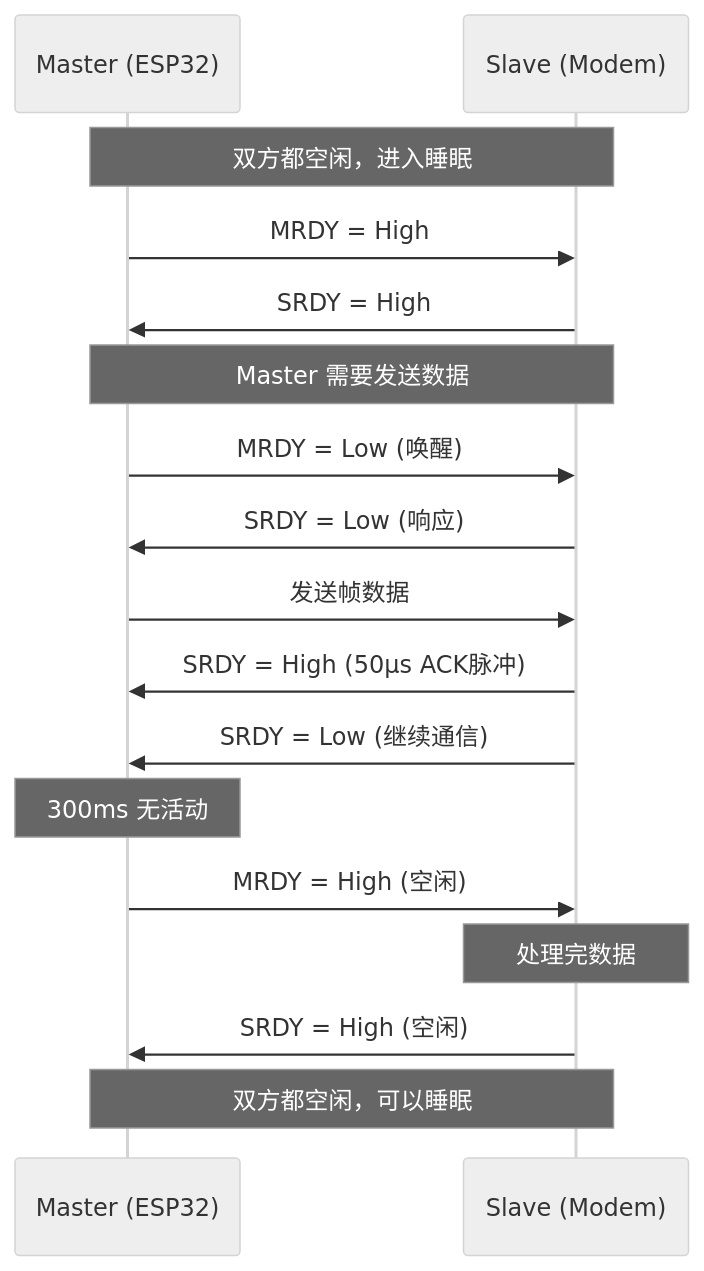
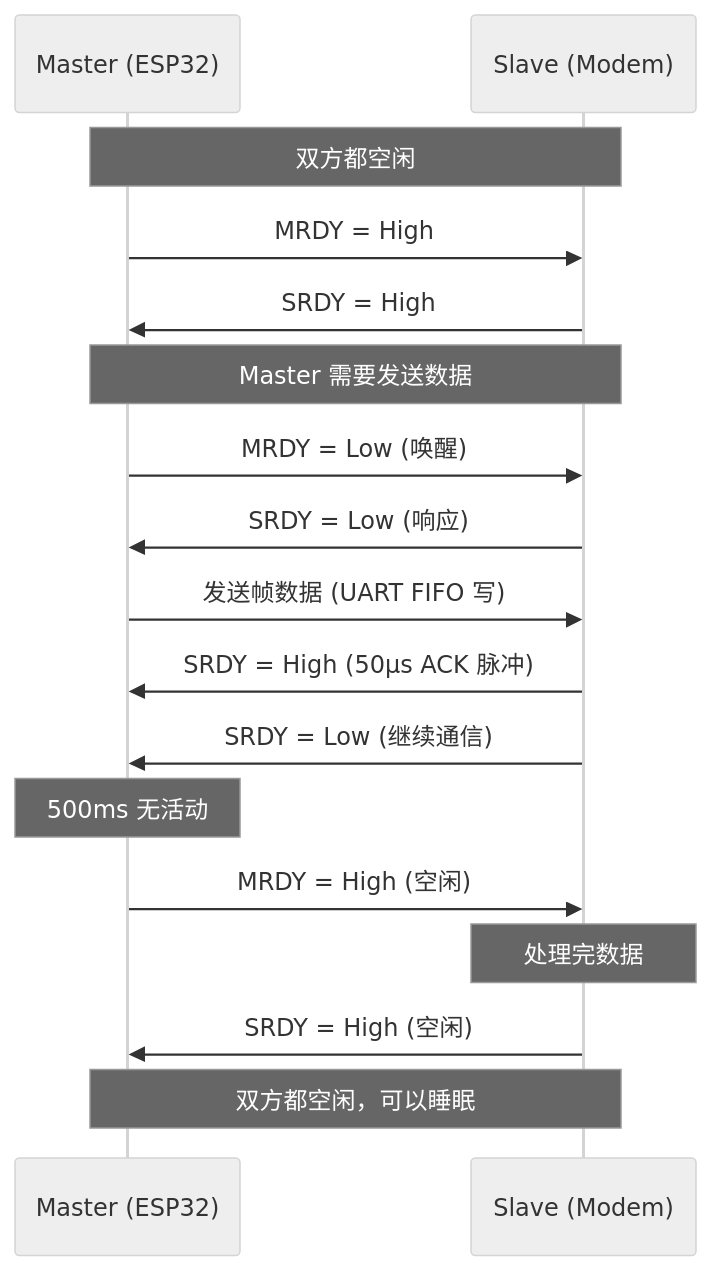
The fourth of 22 diagrams in WORKING_PRINCIPLE.md (78/uart-eth-modem), drawn with Mermaid (neutral theme) before and after one commit. The commit also changed other lines of this file and 2 other files, not shown here.

````diff
--- a/WORKING_PRINCIPLE.md
+++ b/WORKING_PRINCIPLE.md
@@ -151,29 +180,29 @@
 ```mermaid
 sequenceDiagram
     participant M as Master (ESP32)
     participant S as Slave (Modem)
-    
-    Note over M,S: 双方都空闲，进入睡眠
-    
+
+    Note over M,S: 双方都空闲
+
     M->>S: MRDY = High
     S->>M: SRDY = High
-    
+
     Note over M,S: Master 需要发送数据
-    
+
     M->>S: MRDY = Low (唤醒)
     S->>M: SRDY = Low (响应)
-    
-    M->>S: 发送帧数据
-    S->>M: SRDY = High (50μs ACK脉冲)
+
+    M->>S: 发送帧数据 (UART FIFO 写)
+    S->>M: SRDY = High (50µs ACK 脉冲)
     S->>M: SRDY = Low (继续通信)
-    
-    Note over M: 300ms 无活动
-    
+
+    Note over M: 500ms 无活动
+
     M->>S: MRDY = High (空闲)
-    
+
     Note over S: 处理完数据
-    
+
     S->>M: SRDY = High (空闲)
-    
+
     Note over M,S: 双方都空闲，可以睡眠
 ```
````
